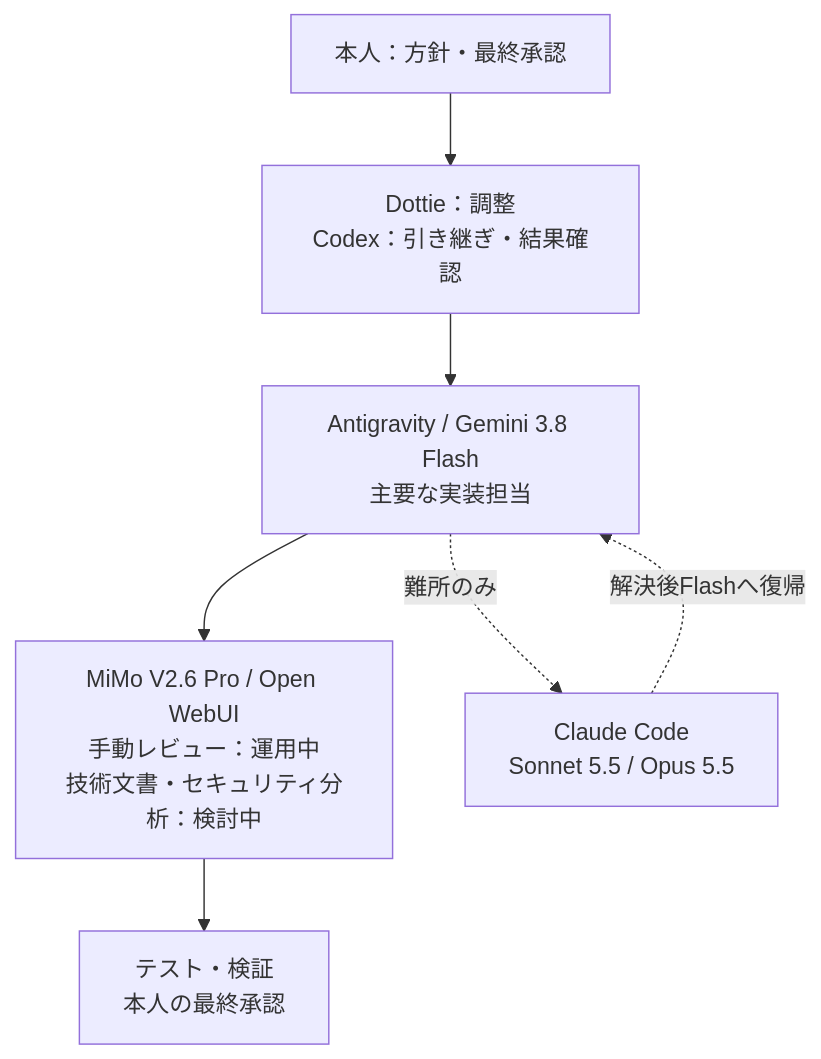
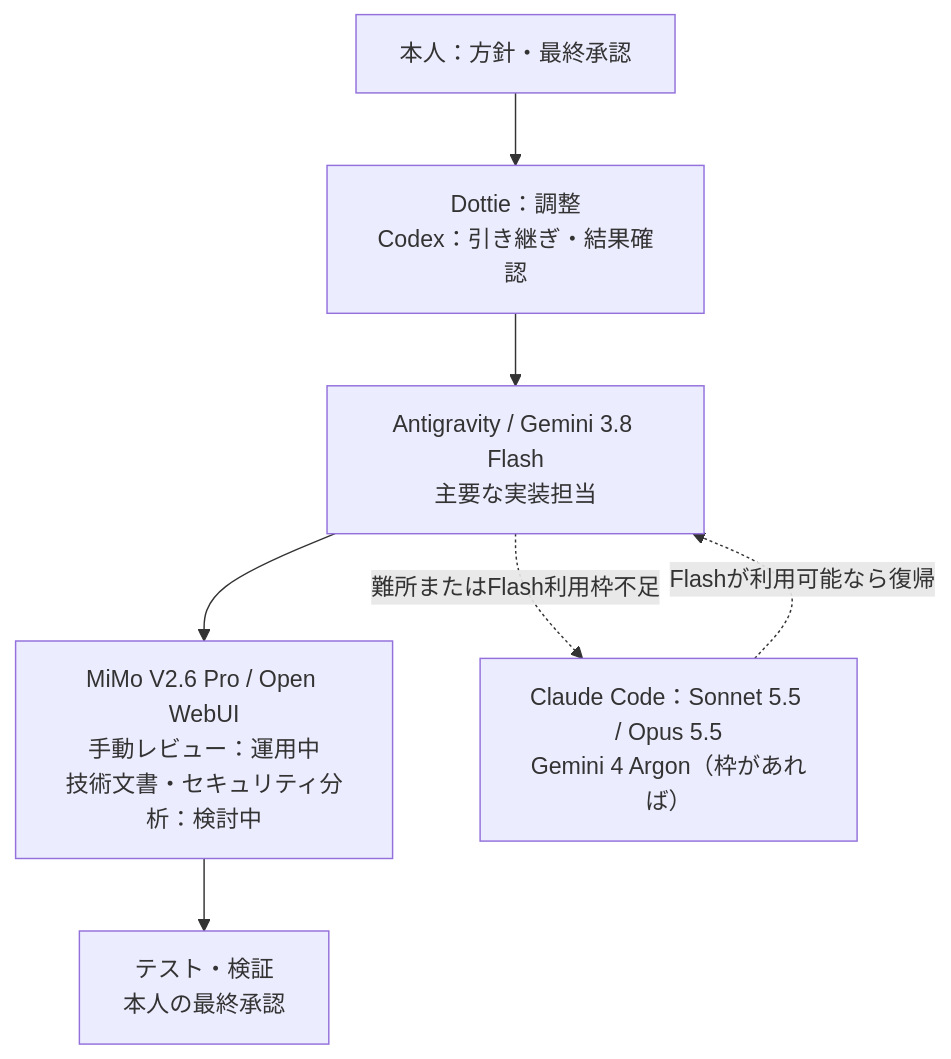
Before and after one commit to moruku36/multi-ai-workflow: the diagram in assets/workflow-architecture-2026-10-19.ja.mmd, drawn with Mermaid. The commit also changed 5 other files, not shown here.

First line of the commit message:
docs: add Gemini 4 Argon and Flash quota fallback to workflow diagrams (#30)

```diff
--- a/assets/workflow-architecture-2026-10-19.ja.mmd
+++ b/assets/workflow-architecture-2026-10-19.ja.mmd
@@ -1,7 +1,7 @@
 flowchart TB
   O["本人：方針・最終承認"] --> D["Dottie：調整<br/>Codex：引き継ぎ・結果確認"]
   D --> F["Antigravity / Gemini 3.8 Flash<br/>主要な実装担当"]
   F --> M["MiMo V2.6 Pro / Open WebUI<br/>手動レビュー：運用中<br/>技術文書・セキュリティ分析：検討中"]
   M --> T["テスト・検証<br/>本人の最終承認"]
-  F -. "難所のみ" .-> H["Claude Code<br/>Sonnet 5.5 / Opus 5.5"]
-  H -. "解決後Flashへ復帰" .-> F
+  F -. "難所またはFlash利用枠不足" .-> H["Claude Code：Sonnet 5.5 / Opus 5.5<br/>Gemini 4 Argon（枠があれば）"]
+  H -. "Flashが利用可能なら復帰" .-> F
```
